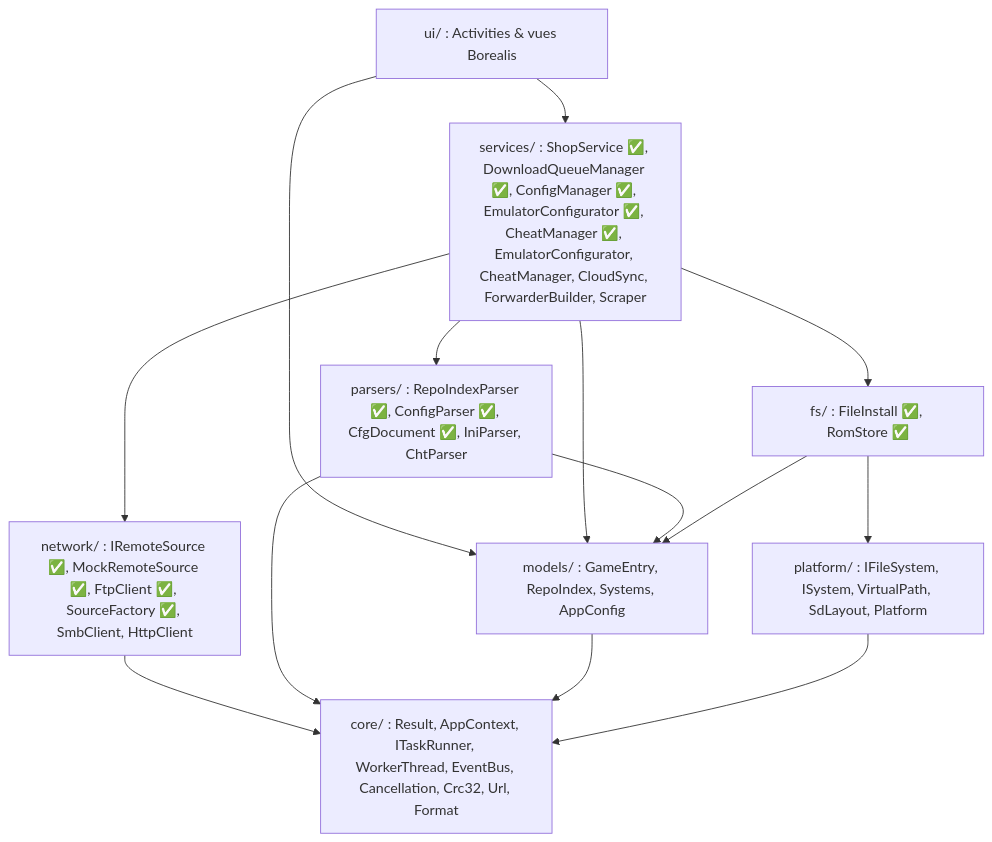
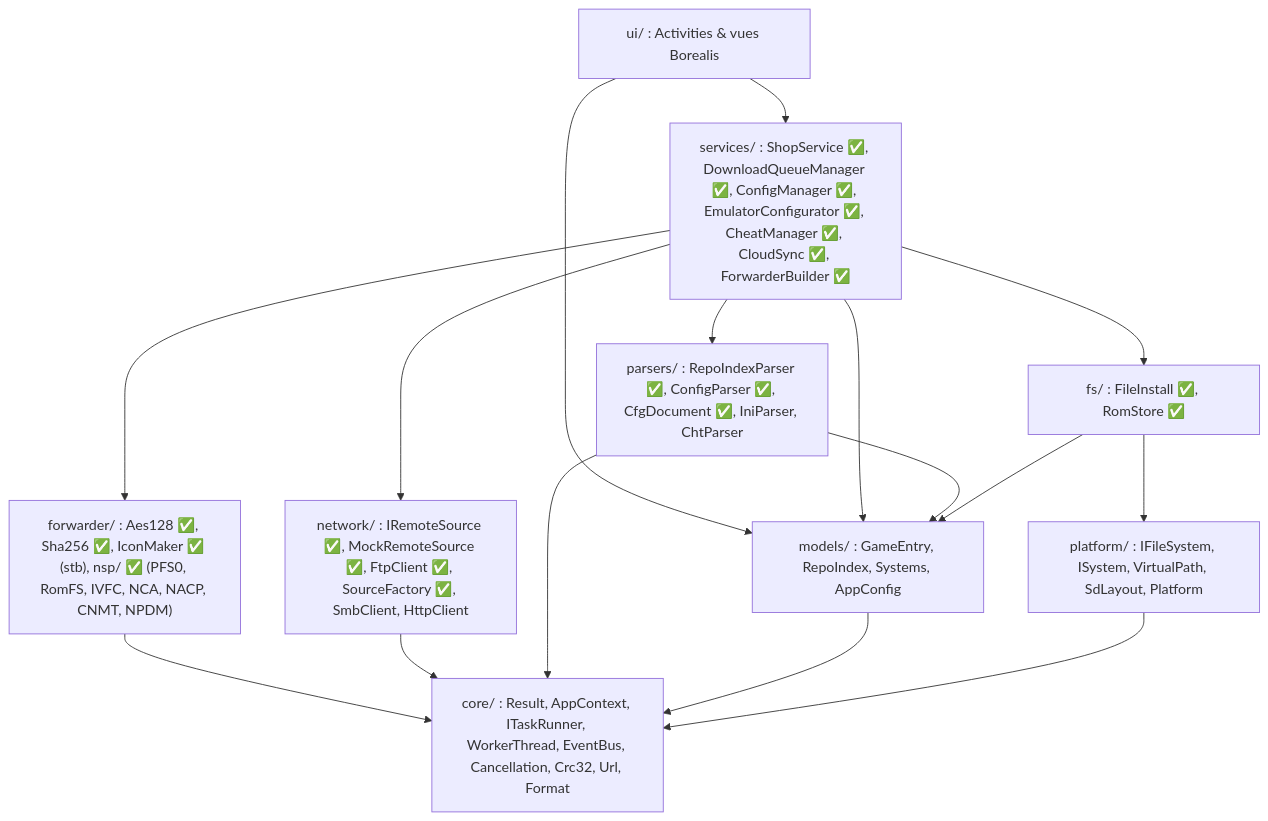
Before and after one commit to leo3438/my_little_shop_discord.py: the first of 7 diagrams in retromanager/ARCHITECTURE.md, drawn with Mermaid. The commit also changed other lines of this file and 4 other files, not shown here.

First line of the commit message:
RetroManager docs: forwarders guide, architecture, Phase 10

````diff
--- a/retromanager/ARCHITECTURE.md
+++ b/retromanager/ARCHITECTURE.md
@@ -31,25 +31,28 @@
 ```mermaid
 graph TD
     UI["ui/ : Activities & vues Borealis"]
-    SVC["services/ : ShopService ✅, DownloadQueueManager ✅, ConfigManager ✅, EmulatorConfigurator ✅, CheatManager ✅, EmulatorConfigurator, CheatManager, CloudSync, ForwarderBuilder, Scraper"]
+    SVC["services/ : ShopService ✅, DownloadQueueManager ✅, ConfigManager ✅, EmulatorConfigurator ✅, CheatManager ✅, CloudSync ✅, ForwarderBuilder ✅"]
+    FWD["forwarder/ : Aes128 ✅, Sha256 ✅, IconMaker ✅ (stb), nsp/ ✅ (PFS0, RomFS, IVFC, NCA, NACP, CNMT, NPDM)"]
     PARSE["parsers/ : RepoIndexParser ✅, ConfigParser ✅, CfgDocument ✅, IniParser, ChtParser"]
     FS["fs/ : FileInstall ✅, RomStore ✅"]
     NET["network/ : IRemoteSource ✅, MockRemoteSource ✅, FtpClient ✅, SourceFactory ✅, SmbClient, HttpClient"]
     PLAT["platform/ : IFileSystem, ISystem, VirtualPath, SdLayout, Platform"]
     CORE["core/ : Result, AppContext, ITaskRunner, WorkerThread, EventBus, Cancellation, Crc32, Url, Format"]
     MODELS["models/ : GameEntry, RepoIndex, Systems, AppConfig"]
 
     UI --> SVC
     UI --> MODELS
     SVC --> MODELS
     PARSE --> MODELS
     SVC --> PARSE
     SVC --> FS
     SVC --> NET
+    SVC --> FWD
+    FWD --> CORE
     FS --> PLAT
     FS --> MODELS
     NET --> CORE
     PARSE --> CORE
     MODELS --> CORE
     PLAT --> CORE
 ```
````
